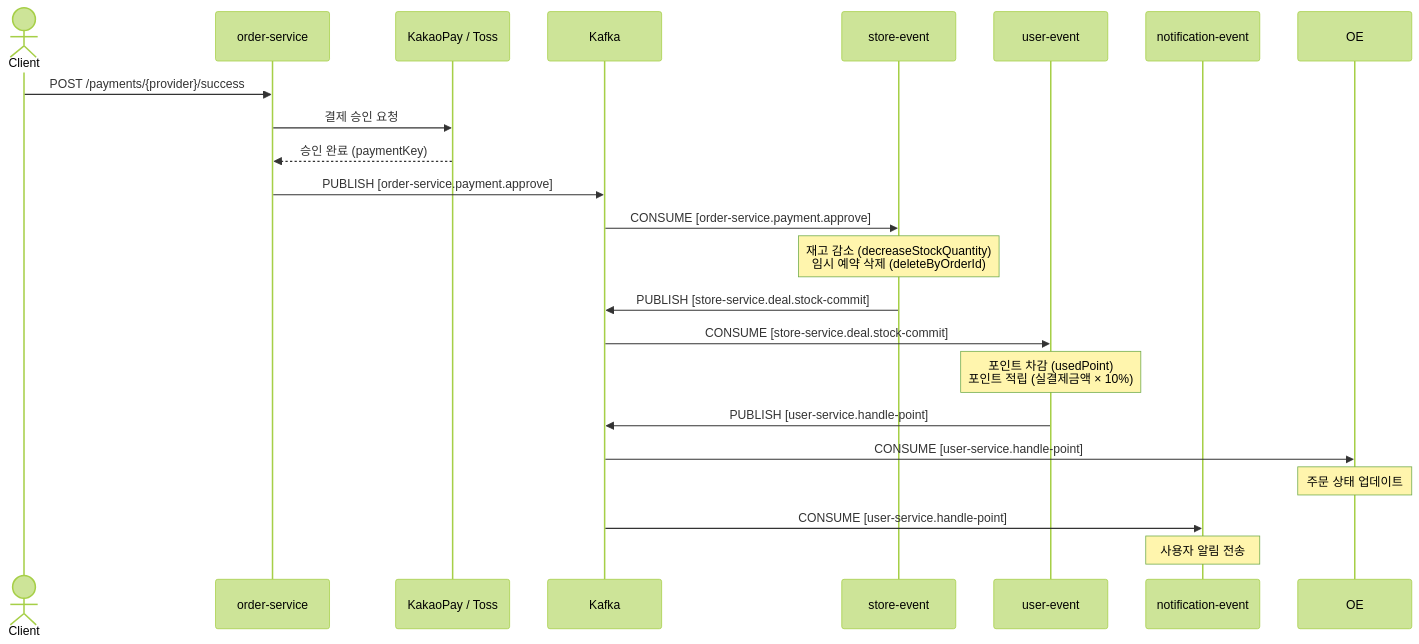
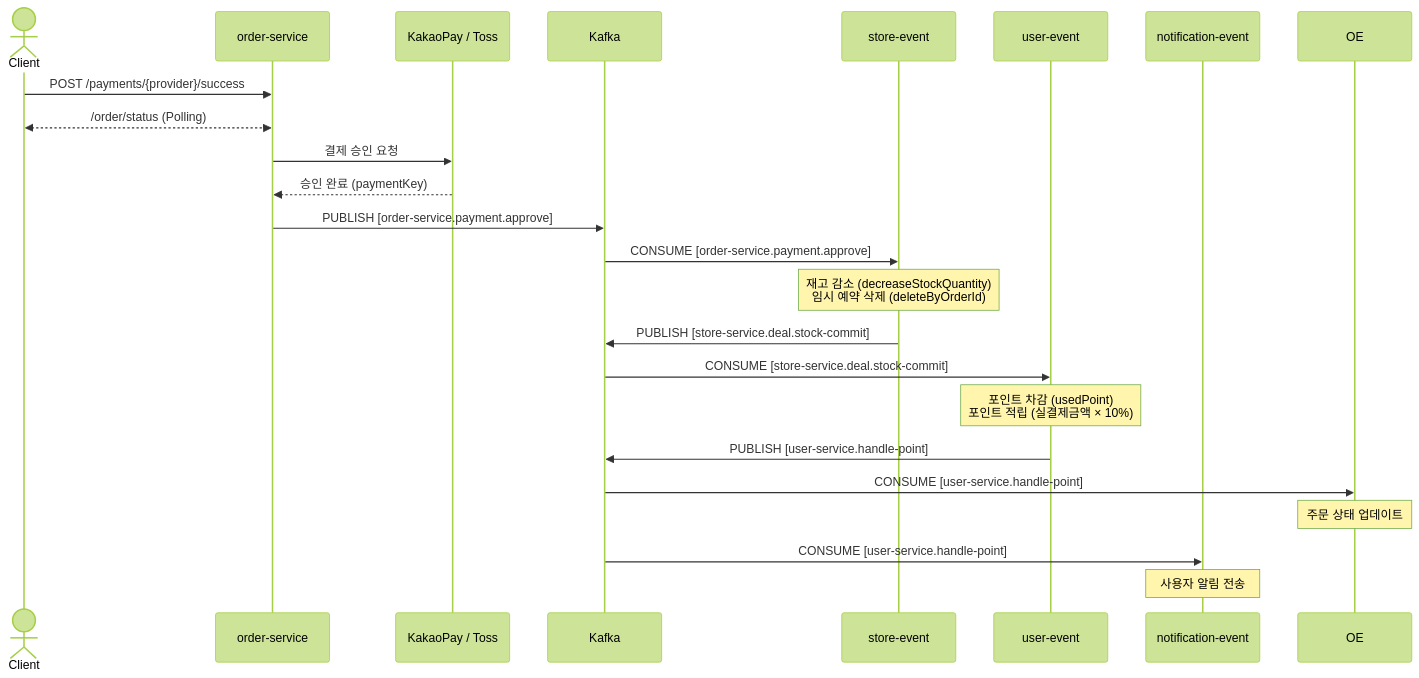
The first of 3 diagrams in README.md (Eui9179/pick-deal), drawn with Mermaid (forest theme) before and after one commit. The commit also changed other lines of this file, not shown here.

````diff
--- a/README.md
+++ b/README.md
@@ -125,30 +132,31 @@
 ```mermaid
 sequenceDiagram
     actor Client
     participant OS as order-service
     participant PG as KakaoPay / Toss
     participant K as Kafka
     participant SE as store-event
     participant UE as user-event
     participant NE as notification-event
 
     Client->>OS: POST /payments/{provider}/success
+    Client<<-->>OS: /order/status (Polling)
     OS->>PG: 결제 승인 요청
     PG-->>OS: 승인 완료 (paymentKey)
 
     OS->>K: PUBLISH [order-service.payment.approve]
 
     K->>SE: CONSUME [order-service.payment.approve]
     Note over SE: 재고 감소 (decreaseStockQuantity)<br/>임시 예약 삭제 (deleteByOrderId)
     SE->>K: PUBLISH [store-service.deal.stock-commit]
 
     K->>UE: CONSUME [store-service.deal.stock-commit]
     Note over UE: 포인트 차감 (usedPoint)<br/>포인트 적립 (실결제금액 × 10%)
     UE->>K: PUBLISH [user-service.handle-point]
 
     K->>OE: CONSUME [user-service.handle-point]
     Note over OE: 주문 상태 업데이트
 
     K->>NE: CONSUME [user-service.handle-point]
     Note over NE: 사용자 알림 전송
 ```
````
